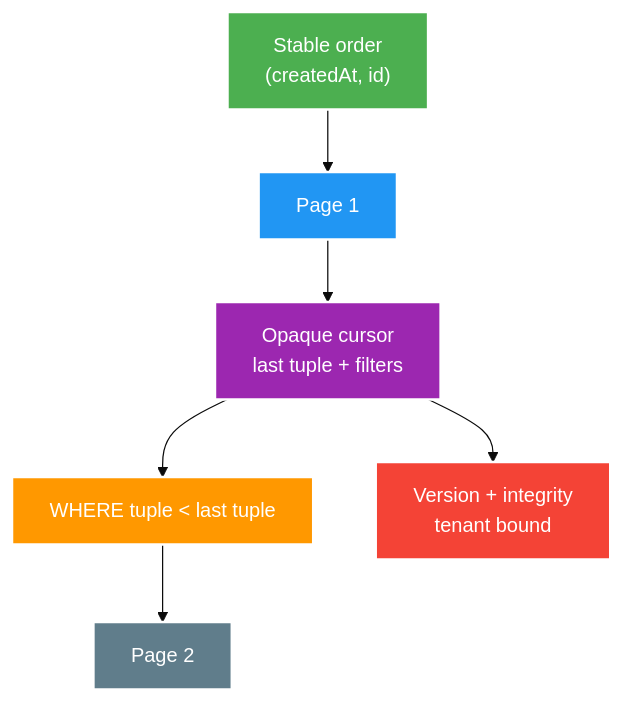
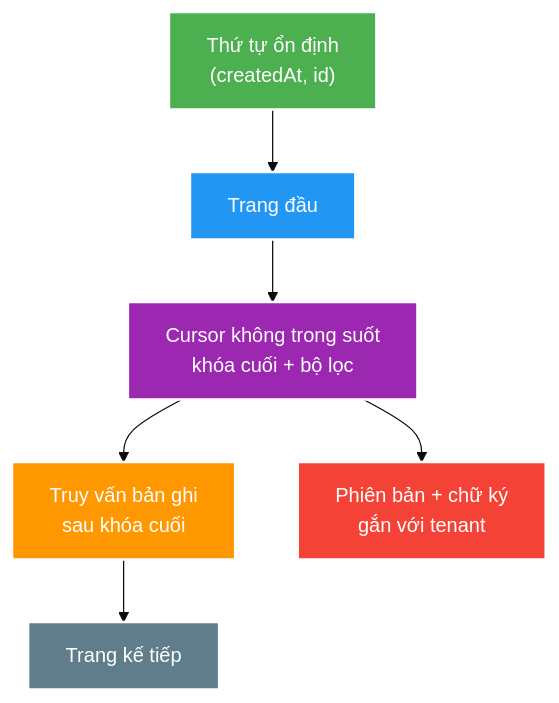
The diagram in docs/learning/topics/api/theory/core/api-pagination-versioning-and-network-boundaries.md (HungPhan200591/live-stream-backend), drawn with Mermaid (base theme) before and after one commit. The commit also changed other lines of this file and 177 other files, not shown here.

````diff
--- a/docs/learning/topics/api/theory/core/api-pagination-versioning-and-network-boundaries.md
+++ b/docs/learning/topics/api/theory/core/api-pagination-versioning-and-network-boundaries.md
@@ -30,14 +30,14 @@
 ```mermaid
 flowchart TB
-    O["Stable order<br/>(createdAt, id)"] --> P1["Page 1"]
-    P1 --> C["Opaque cursor<br/>last tuple + filters"]
-    C --> Q["WHERE tuple < last tuple"]
-    Q --> P2["Page 2"]
-    C --> V["Version + integrity<br/>tenant bound"]
+    O["Thứ tự ổn định<br/>(createdAt, id)"] --> P1["Trang đầu"]
+    P1 --> C["Cursor không trong suốt<br/>khóa cuối + bộ lọc"]
+    C --> Q["Truy vấn bản ghi<br/>sau khóa cuối"]
+    Q --> P2["Trang kế tiếp"]
+    C --> V["Phiên bản + chữ ký<br/>gắn với tenant"]
     style O fill:#4CAF50,stroke:#fff,stroke-width:2px,color:#fff
     style P1 fill:#2196F3,stroke:#fff,stroke-width:2px,color:#fff
     style C fill:#9C27B0,stroke:#fff,stroke-width:2px,color:#fff
     style Q fill:#FF9800,stroke:#fff,stroke-width:2px,color:#fff
     style P2 fill:#607D8B,stroke:#fff,stroke-width:2px,color:#fff
     style V fill:#F44336,stroke:#fff,stroke-width:2px,color:#fff
 ```
````
